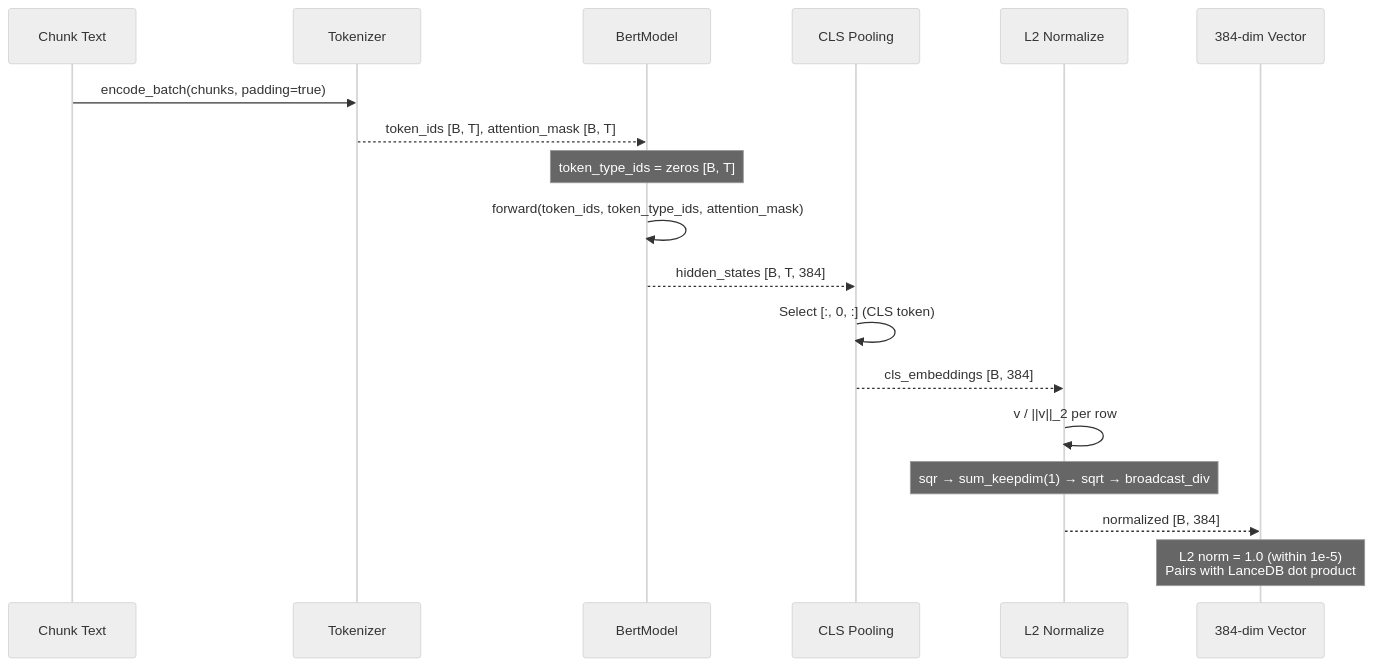
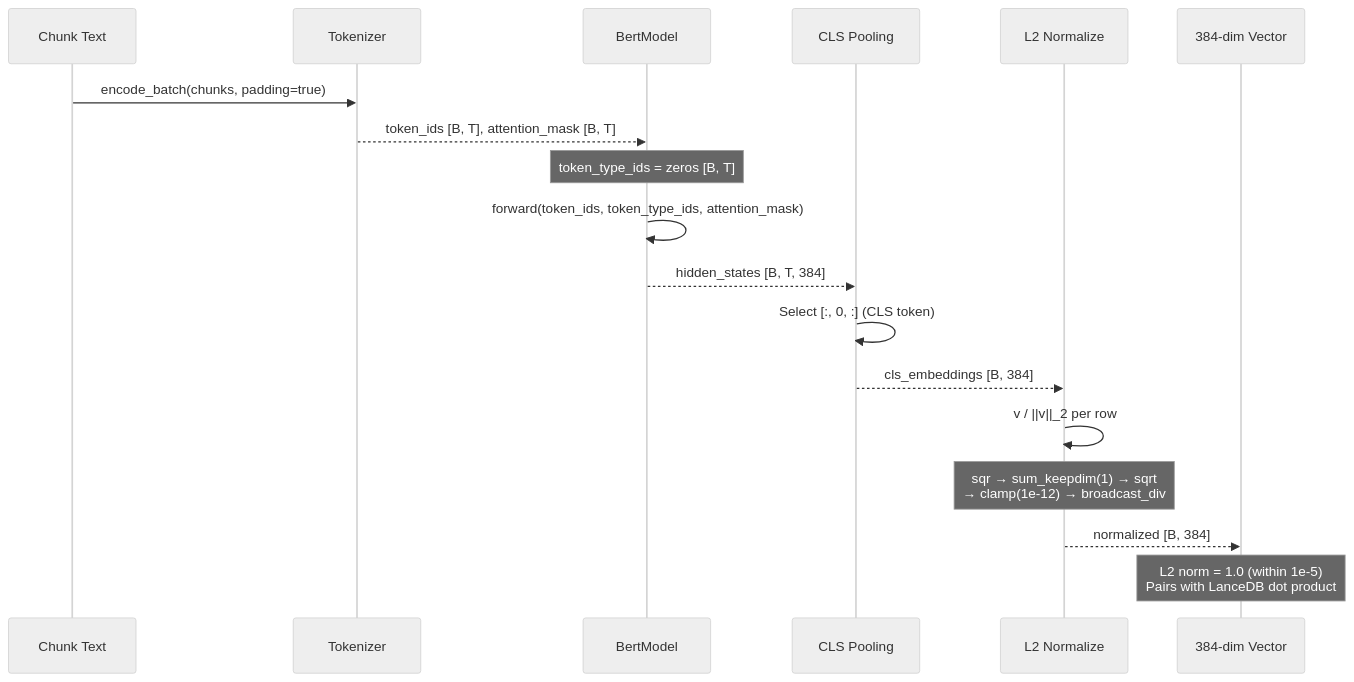
Before and after one commit to benediktms/brain: the eighth of 8 diagrams in ARCHITECTURE.md, drawn with Mermaid (neutral theme). The commit also changed other lines of this file and 2 other files, not shown here.

````diff
--- a/ARCHITECTURE.md
+++ b/ARCHITECTURE.md
@@ -467,26 +467,26 @@
 ```mermaid
 sequenceDiagram
     participant Text as Chunk Text
     participant Tok as Tokenizer
     participant Bert as BertModel
     participant Pool as CLS Pooling
     participant Norm as L2 Normalize
     participant Out as 384-dim Vector
 
     Text->>Tok: encode_batch(chunks, padding=true)
     Tok-->>Bert: token_ids [B, T], attention_mask [B, T]
 
     Note over Bert: token_type_ids = zeros [B, T]
 
     Bert->>Bert: forward(token_ids, token_type_ids, attention_mask)
     Bert-->>Pool: hidden_states [B, T, 384]
 
     Pool->>Pool: Select [:, 0, :] (CLS token)
     Pool-->>Norm: cls_embeddings [B, 384]
 
     Norm->>Norm: v / ||v||_2 per row
-    Note over Norm: sqr → sum_keepdim(1) → sqrt → broadcast_div
+    Note over Norm: sqr → sum_keepdim(1) → sqrt<br/>→ clamp(1e-12) → broadcast_div
 
     Norm-->>Out: normalized [B, 384]
     Note over Out: L2 norm = 1.0 (within 1e-5)<br/>Pairs with LanceDB dot product
 ```
````
